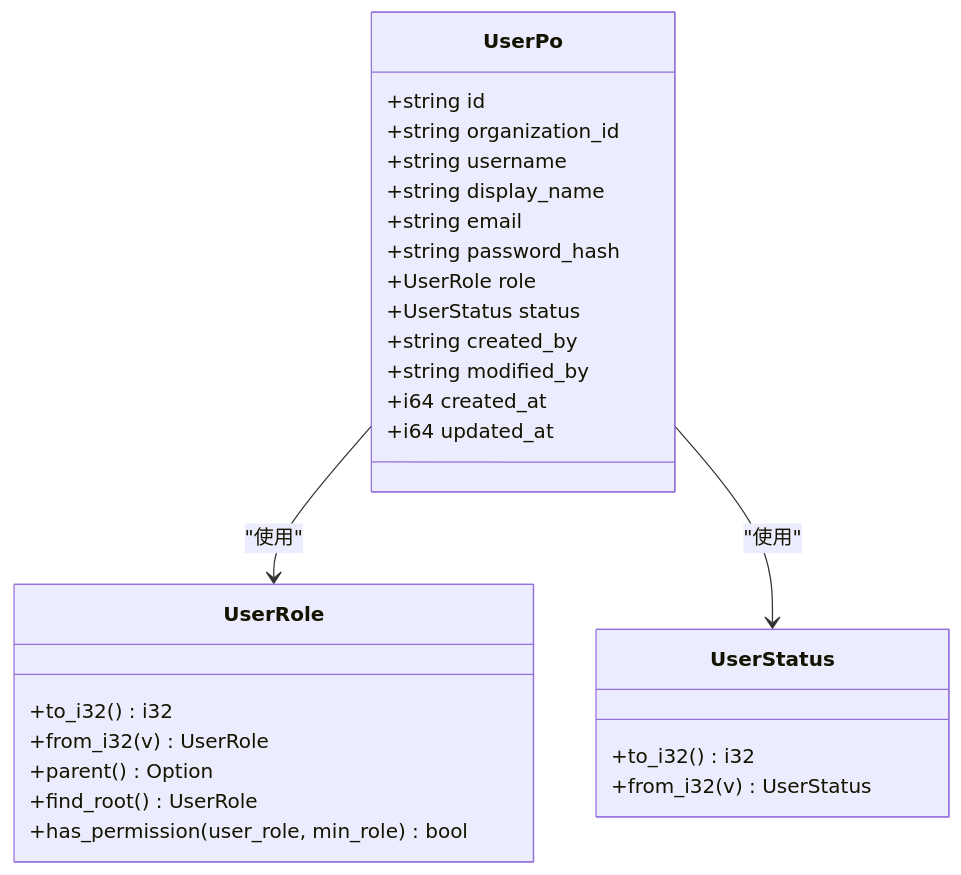
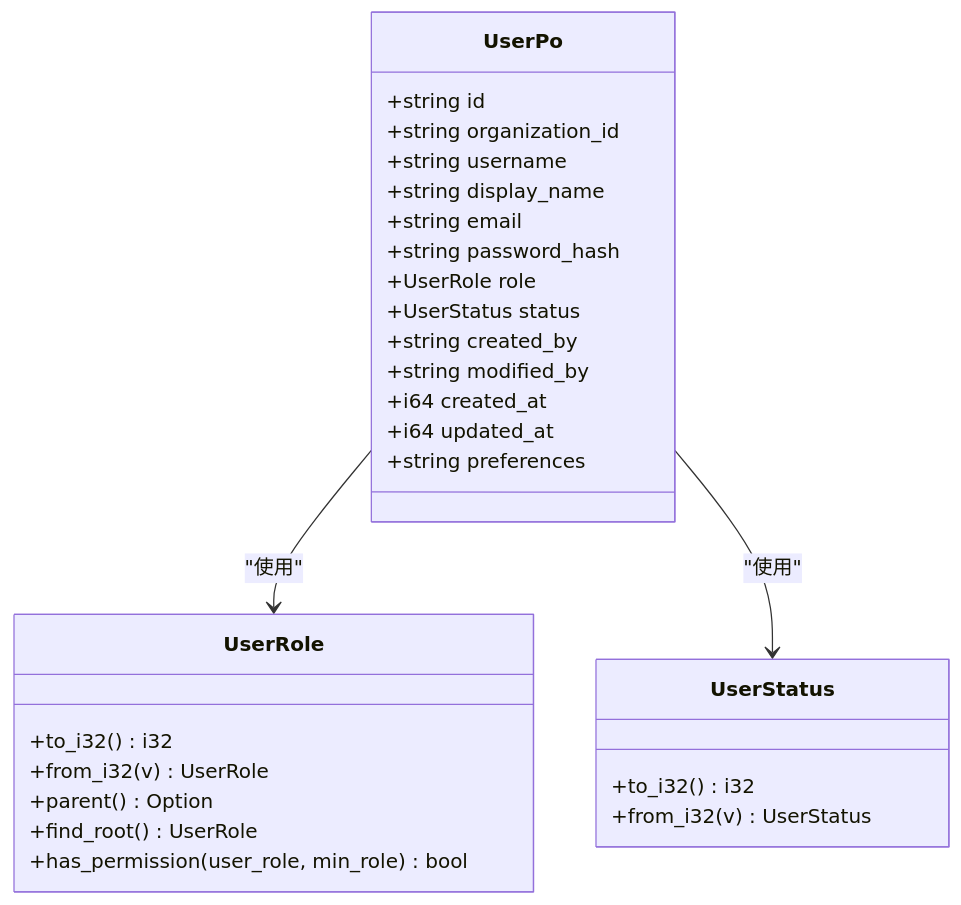
The fifth of 7 diagrams in .qoder/repowiki/zh/content/API 参考/RESTful API/用户管理模块 API.md (runningcoders/ai_orz), drawn with Mermaid before and after one commit. The commit also changed other lines of this file and 5 other files, not shown here.

````diff
--- a/.qoder/repowiki/zh/content/API 参考/RESTful API/用户管理模块 API.md
+++ b/.qoder/repowiki/zh/content/API 参考/RESTful API/用户管理模块 API.md
@@ -198,30 +223,31 @@
 ```mermaid
 classDiagram
 class UserPo {
 +string id
 +string organization_id
 +string username
 +string display_name
 +string email
 +string password_hash
 +UserRole role
 +UserStatus status
 +string created_by
 +string modified_by
 +i64 created_at
 +i64 updated_at
++string preferences
 }
 class UserRole {
 +to_i32() i32
 +from_i32(v) UserRole
 +parent() Option<UserRole>
 +find_root() UserRole
 +has_permission(user_role, min_role) bool
 }
 class UserStatus {
 +to_i32() i32
 +from_i32(v) UserStatus
 }
 UserPo --> UserRole : "使用"
 UserPo --> UserStatus : "使用"
 ```
````
